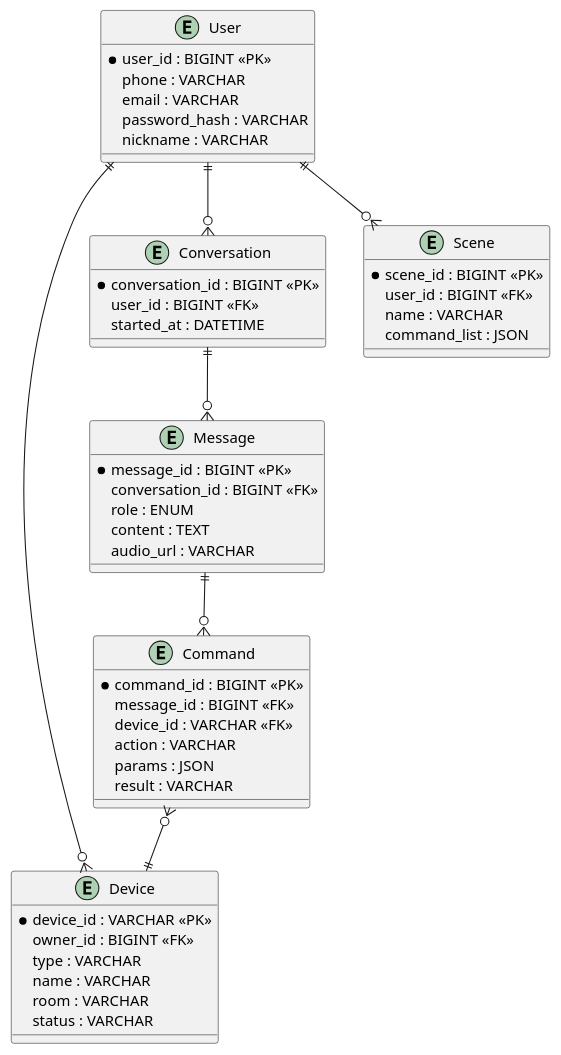
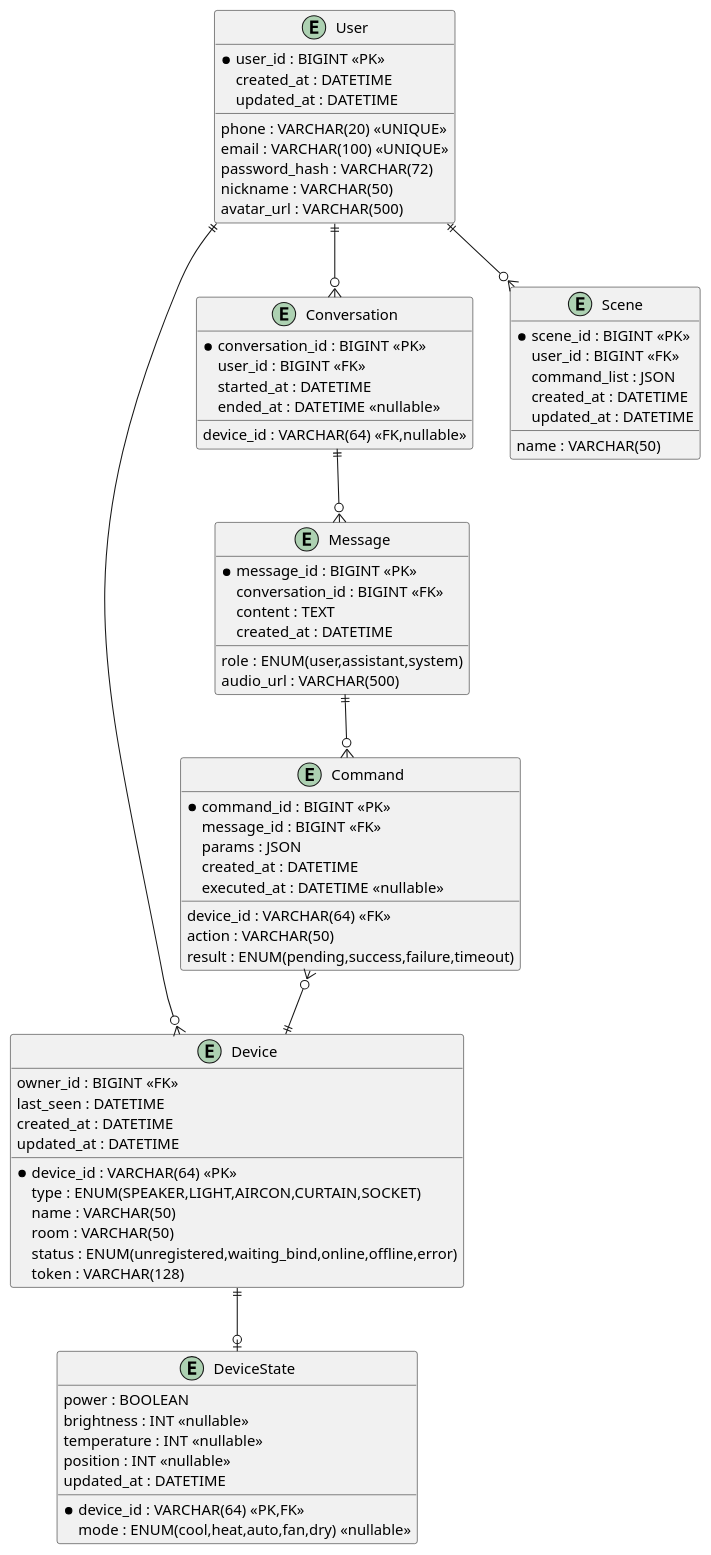
One commit to Yoruko666/Taffy-Assistant changed the third of 6 diagrams in docs/03-软件设计文档.md. Above: the diagram before and after it, drawn with PlantUML. The commit also changed other lines of this file and 27 other files, not shown here.

````diff
--- a/docs/03-软件设计文档.md
+++ b/docs/03-软件设计文档.md
@@ -406,52 +407,76 @@
 ```plantuml
 @startuml
 entity User {
   * user_id : BIGINT <<PK>>
-  phone : VARCHAR
-  email : VARCHAR
-  password_hash : VARCHAR
-  nickname : VARCHAR
+  phone : VARCHAR(20) <<UNIQUE>>
+  email : VARCHAR(100) <<UNIQUE>>
+  password_hash : VARCHAR(72)
+  nickname : VARCHAR(50)
+  avatar_url : VARCHAR(500)
+  created_at : DATETIME
+  updated_at : DATETIME
 }
 entity Device {
-  * device_id : VARCHAR <<PK>>
+  * device_id : VARCHAR(64) <<PK>>
   owner_id : BIGINT <<FK>>
-  type : VARCHAR
-  name : VARCHAR
-  room : VARCHAR
-  status : VARCHAR
+  type : ENUM(SPEAKER,LIGHT,AIRCON,CURTAIN,SOCKET)
+  name : VARCHAR(50)
+  room : VARCHAR(50)
+  status : ENUM(unregistered,waiting_bind,online,offline,error)
+  token : VARCHAR(128)
+  last_seen : DATETIME
+  created_at : DATETIME
+  updated_at : DATETIME
+}
+entity DeviceState {
+  * device_id : VARCHAR(64) <<PK,FK>>
+  power : BOOLEAN
+  brightness : INT <<nullable>>
+  temperature : INT <<nullable>>
+  mode : ENUM(cool,heat,auto,fan,dry) <<nullable>>
+  position : INT <<nullable>>
+  updated_at : DATETIME
 }
 entity Conversation {
   * conversation_id : BIGINT <<PK>>
   user_id : BIGINT <<FK>>
+  device_id : VARCHAR(64) <<FK,nullable>>
   started_at : DATETIME
+  ended_at : DATETIME <<nullable>>
 }
 entity Message {
   * message_id : BIGINT <<PK>>
   conversation_id : BIGINT <<FK>>
-  role : ENUM
+  role : ENUM(user,assistant,system)
   content : TEXT
-  audio_url : VARCHAR
+  audio_url : VARCHAR(500)
+  created_at : DATETIME
 }
 entity Command {
   * command_id : BIGINT <<PK>>
   message_id : BIGINT <<FK>>
-  device_id : VARCHAR <<FK>>
-  action : VARCHAR
+  device_id : VARCHAR(64) <<FK>>
+  action : VARCHAR(50)
   params : JSON
-  result : VARCHAR
+  result : ENUM(pending,success,failure,timeout)
+  created_at : DATETIME
+  executed_at : DATETIME <<nullable>>
 }
 entity Scene {
   * scene_id : BIGINT <<PK>>
   user_id : BIGINT <<FK>>
-  name : VARCHAR
+  name : VARCHAR(50)
   command_list : JSON
+  created_at : DATETIME
+  updated_at : DATETIME
 }
 
 User ||--o{ Device
+Device ||--o| DeviceState
 User ||--o{ Conversation
 User ||--o{ Scene
 Conversation ||--o{ Message
 Message ||--o{ Command
 Command }o--|| Device
 @enduml
 ```
````
